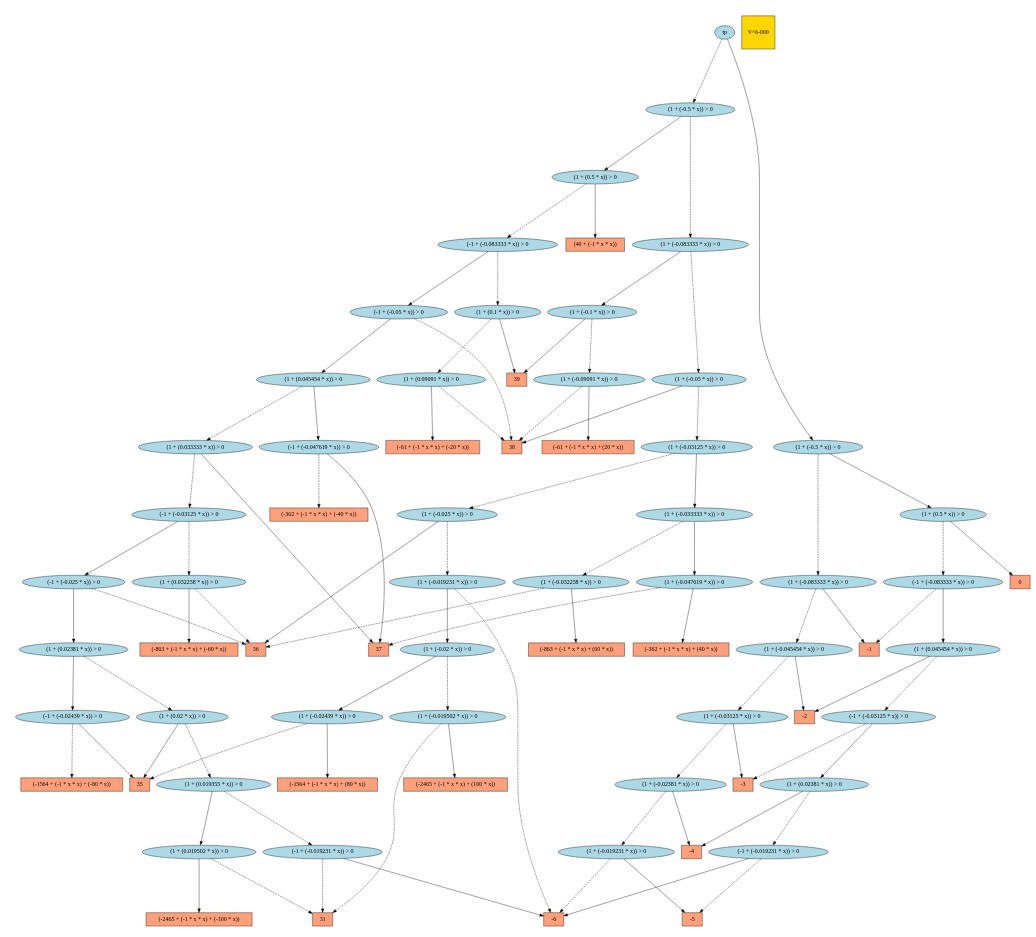
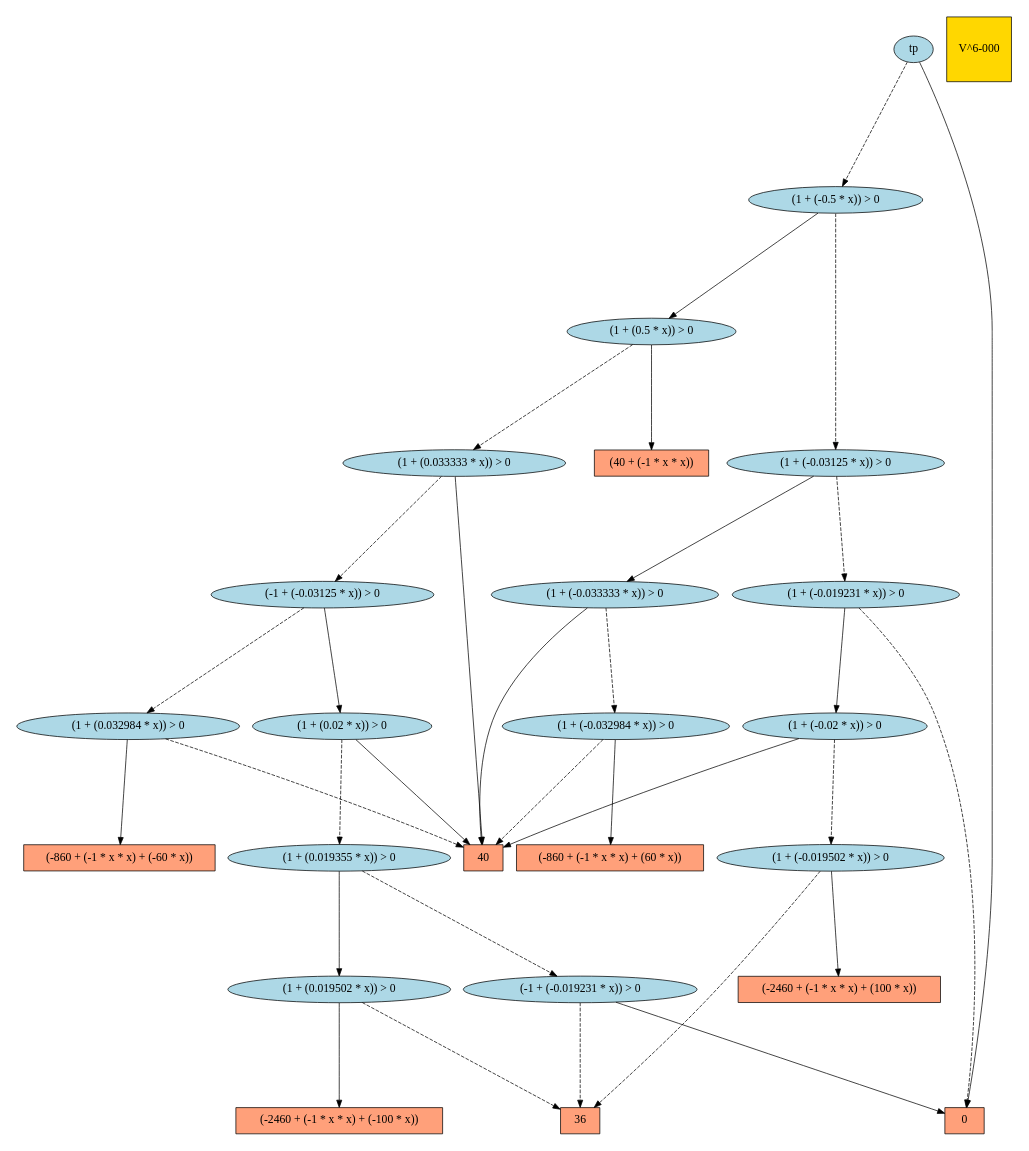
Before and after one commit to ssanner/xadd-inference: the diagram in src/camdp/ex/jair/results/Rover-nonlinear5-1.cmdp.V_6-000.dot, drawn with Graphviz. The commit also changed 269 other files, not shown here.

```diff
--- a/src/camdp/ex/jair/results/Rover-nonlinear5-1.cmdp.V_6-000.dot
+++ b/src/camdp/ex/jair/results/Rover-nonlinear5-1.cmdp.V_6-000.dot
@@ -2,161 +2,61 @@
 graph [ fontname = "Helvetica",fontsize="16",ratio = "auto",
         size="7.5,10",ranksep="2.00" ];
 node [fontsize="16"];
-"4047" [label="37",fillcolor=lightsalmon,color=black,shape=box,style=filled];
-"4045" [label="-4",fillcolor=lightsalmon,color=black,shape=box,style=filled];
-"41664" [label="(1 + (-0.019231 * x)) > 0",fillcolor=lightblue,color=black,shape=ellipse,style=filled];
-"12193" [label="(1 + (-0.032258 * x)) > 0",fillcolor=lightblue,color=black,shape=ellipse,style=filled];
-"42980" [label="tp",fillcolor=lightblue,color=black,shape=ellipse,style=filled];
-"17280" [label="(1 + (0.032258 * x)) > 0",fillcolor=lightblue,color=black,shape=ellipse,style=filled];
-"23409" [label="(1 + (-0.019502 * x)) > 0",fillcolor=lightblue,color=black,shape=ellipse,style=filled];
-"287" [label="(-61 + (-1 * x * x) + (20 * x))",fillcolor=lightsalmon,color=black,shape=box,style=filled];
-"7949" [label="(-1 + (-0.047619 * x)) > 0",fillcolor=lightblue,color=black,shape=ellipse,style=filled];
-"12567" [label="(-1564 + (-1 * x * x) + (-80 * x))",fillcolor=lightsalmon,color=black,shape=box,style=filled];
-"2205" [label="(1 + (-0.1 * x)) > 0",fillcolor=lightblue,color=black,shape=ellipse,style=filled];
-"41798" [label="(1 + (-0.03125 * x)) > 0",fillcolor=lightblue,color=black,shape=ellipse,style=filled];
-"2204" [label="(1 + (-0.09091 * x)) > 0",fillcolor=lightblue,color=black,shape=ellipse,style=filled];
-"24532" [label="(1 + (-0.025 * x)) > 0",fillcolor=lightblue,color=black,shape=ellipse,style=filled];
-"38689" [label="(-1 + (-0.019231 * x)) > 0",fillcolor=lightblue,color=black,shape=ellipse,style=filled];
-"24531" [label="(1 + (-0.019231 * x)) > 0",fillcolor=lightblue,color=black,shape=ellipse,style=filled];
-"20148" [label="31",fillcolor=lightsalmon,color=black,shape=box,style=filled];
-"20147" [label="-6",fillcolor=lightsalmon,color=black,shape=box,style=filled];
-"24530" [label="(1 + (-0.02 * x)) > 0",fillcolor=lightblue,color=black,shape=ellipse,style=filled];
-"27657" [label="(-2465 + (-1 * x * x) + (-100 * x))",fillcolor=lightsalmon,color=black,shape=box,style=filled];
-"304" [label="(-61 + (-1 * x * x) + (-20 * x))",fillcolor=lightsalmon,color=black,shape=box,style=filled];
-"36684" [label="(-1 + (-0.02439 * x)) > 0",fillcolor=lightblue,color=black,shape=ellipse,style=filled];
-"10862" [label="(-1564 + (-1 * x * x) + (80 * x))",fillcolor=lightsalmon,color=black,shape=box,style=filled];
-"40693" [label="(1 + (0.5 * x)) > 0",fillcolor=lightblue,color=black,shape=ellipse,style=filled];
-"40694" [label="(1 + (-0.5 * x)) > 0",fillcolor=lightblue,color=black,shape=ellipse,style=filled];
-"5506" [label="(1 + (-0.047619 * x)) > 0",fillcolor=lightblue,color=black,shape=ellipse,style=filled];
+"13501" [label="(1 + (0.02 * x)) > 0",fillcolor=lightblue,color=black,shape=ellipse,style=filled];
+"13502" [label="(-1 + (-0.03125 * x)) > 0",fillcolor=lightblue,color=black,shape=ellipse,style=filled];
+"13503" [label="(1 + (0.033333 * x)) > 0",fillcolor=lightblue,color=black,shape=ellipse,style=filled];
+"13500" [label="(1 + (0.019355 * x)) > 0",fillcolor=lightblue,color=black,shape=ellipse,style=filled];
+"12835" [label="(1 + (0.019502 * x)) > 0",fillcolor=lightblue,color=black,shape=ellipse,style=filled];
+"2955" [label="(-860 + (-1 * x * x) + (-60 * x))",fillcolor=lightsalmon,color=black,shape=box,style=filled];
+"4513" [label="(1 + (-0.033333 * x)) > 0",fillcolor=lightblue,color=black,shape=ellipse,style=filled];
+"4512" [label="(1 + (-0.032984 * x)) > 0",fillcolor=lightblue,color=black,shape=ellipse,style=filled];
+"8547" [label="(1 + (-0.02 * x)) > 0",fillcolor=lightblue,color=black,shape=ellipse,style=filled];
+"8548" [label="(1 + (-0.019231 * x)) > 0",fillcolor=lightblue,color=black,shape=ellipse,style=filled];
+"8549" [label="(1 + (-0.03125 * x)) > 0",fillcolor=lightblue,color=black,shape=ellipse,style=filled];
+"3712" [label="(1 + (0.032984 * x)) > 0",fillcolor=lightblue,color=black,shape=ellipse,style=filled];
+"9637" [label="(-2460 + (-1 * x * x) + (-100 * x))",fillcolor=lightsalmon,color=black,shape=box,style=filled];
+"8546" [label="(1 + (-0.019502 * x)) > 0",fillcolor=lightblue,color=black,shape=ellipse,style=filled];
+"14166" [label="(1 + (-0.5 * x)) > 0",fillcolor=lightblue,color=black,shape=ellipse,style=filled];
+"14165" [label="(1 + (0.5 * x)) > 0",fillcolor=lightblue,color=black,shape=ellipse,style=filled];
+"189" [label="36",fillcolor=lightsalmon,color=black,shape=box,style=filled];
 "1" [label="0",fillcolor=lightsalmon,color=black,shape=box,style=filled];
-"1235" [label="-3",fillcolor=lightsalmon,color=black,shape=box,style=filled];
-"1237" [label="38",fillcolor=lightsalmon,color=black,shape=box,style=filled];
-"160" [label="-2",fillcolor=lightsalmon,color=black,shape=box,style=filled];
-"41845" [label="(1 + (-0.045454 * x)) > 0",fillcolor=lightblue,color=black,shape=ellipse,style=filled];
-"39820" [label="(-1 + (-0.05 * x)) > 0",fillcolor=lightblue,color=black,shape=ellipse,style=filled];
+"5" [label="40",fillcolor=lightsalmon,color=black,shape=box,style=filled];
+"10021" [label="(-1 + (-0.019231 * x)) > 0",fillcolor=lightblue,color=black,shape=ellipse,style=filled];
+"8007" [label="(-2460 + (-1 * x * x) + (100 * x))",fillcolor=lightsalmon,color=black,shape=box,style=filled];
+"14169" [label="tp",fillcolor=lightblue,color=black,shape=ellipse,style=filled];
 "8" [label="(40 + (-1 * x * x))",fillcolor=lightsalmon,color=black,shape=box,style=filled];
-"12416" [label="(1 + (-0.033333 * x)) > 0",fillcolor=lightblue,color=black,shape=ellipse,style=filled];
-"42979" [label="(1 + (-0.5 * x)) > 0",fillcolor=lightblue,color=black,shape=ellipse,style=filled];
-"26207" [label="(1 + (-0.03125 * x)) > 0",fillcolor=lightblue,color=black,shape=ellipse,style=filled];
-"6081" [label="(-863 + (-1 * x * x) + (-60 * x))",fillcolor=lightsalmon,color=black,shape=box,style=filled];
-"1458" [label="(-362 + (-1 * x * x) + (40 * x))",fillcolor=lightsalmon,color=black,shape=box,style=filled];
-"26208" [label="(1 + (-0.05 * x)) > 0",fillcolor=lightblue,color=black,shape=ellipse,style=filled];
-"38035" [label="(1 + (0.019502 * x)) > 0",fillcolor=lightblue,color=black,shape=ellipse,style=filled];
-"42924" [label="(-1 + (-0.03125 * x)) > 0",fillcolor=lightblue,color=black,shape=ellipse,style=filled];
-"42925" [label="(1 + (0.045454 * x)) > 0",fillcolor=lightblue,color=black,shape=ellipse,style=filled];
-"42173" [label="(1 + (-0.083333 * x)) > 0",fillcolor=lightblue,color=black,shape=ellipse,style=filled];
-"12" [label="-1",fillcolor=lightsalmon,color=black,shape=box,style=filled];
-"42968" [label="(1 + (0.5 * x)) > 0",fillcolor=lightblue,color=black,shape=ellipse,style=filled];
-"39817" [label="(-1 + (-0.03125 * x)) > 0",fillcolor=lightblue,color=black,shape=ellipse,style=filled];
-"39818" [label="(1 + (0.033333 * x)) > 0",fillcolor=lightblue,color=black,shape=ellipse,style=filled];
-"39819" [label="(1 + (0.045454 * x)) > 0",fillcolor=lightblue,color=black,shape=ellipse,style=filled];
-"41731" [label="(1 + (-0.02381 * x)) > 0",fillcolor=lightblue,color=black,shape=ellipse,style=filled];
-"29523" [label="(1 + (-0.083333 * x)) > 0",fillcolor=lightblue,color=black,shape=ellipse,style=filled];
-"3176" [label="(1 + (0.1 * x)) > 0",fillcolor=lightblue,color=black,shape=ellipse,style=filled];
-"42961" [label="(-1 + (-0.083333 * x)) > 0",fillcolor=lightblue,color=black,shape=ellipse,style=filled];
-"22548" [label="(-2465 + (-1 * x * x) + (100 * x))",fillcolor=lightsalmon,color=black,shape=box,style=filled];
-"38977" [label="(-1 + (-0.025 * x)) > 0",fillcolor=lightblue,color=black,shape=ellipse,style=filled];
-"267" [label="39",fillcolor=lightsalmon,color=black,shape=box,style=filled];
-"38974" [label="(1 + (0.019355 * x)) > 0",fillcolor=lightblue,color=black,shape=ellipse,style=filled];
-"10019" [label="-5",fillcolor=lightsalmon,color=black,shape=box,style=filled];
-"38976" [label="(1 + (0.02381 * x)) > 0",fillcolor=lightblue,color=black,shape=ellipse,style=filled];
-"42861" [label="(1 + (0.02381 * x)) > 0",fillcolor=lightblue,color=black,shape=ellipse,style=filled];
-"38975" [label="(1 + (0.02 * x)) > 0",fillcolor=lightblue,color=black,shape=ellipse,style=filled];
-"40678" [label="(-1 + (-0.083333 * x)) > 0",fillcolor=lightblue,color=black,shape=ellipse,style=filled];
-"20151" [label="35",fillcolor=lightsalmon,color=black,shape=box,style=filled];
-"42854" [label="(-1 + (-0.019231 * x)) > 0",fillcolor=lightblue,color=black,shape=ellipse,style=filled];
-"24529" [label="(1 + (-0.02439 * x)) > 0",fillcolor=lightblue,color=black,shape=ellipse,style=filled];
-"4627" [label="(-863 + (-1 * x * x) + (60 * x))",fillcolor=lightsalmon,color=black,shape=box,style=filled];
-"10021" [label="36",fillcolor=lightsalmon,color=black,shape=box,style=filled];
+"2450" [label="(-860 + (-1 * x * x) + (60 * x))",fillcolor=lightsalmon,color=black,shape=box,style=filled];
 "_temp_" [label="V^6-000",fillcolor=gold1,color=black,shape=square,style=filled];
-"1835" [label="(-362 + (-1 * x * x) + (-40 * x))",fillcolor=lightsalmon,color=black,shape=box,style=filled];
-"3122" [label="(1 + (0.09091 * x)) > 0",fillcolor=lightblue,color=black,shape=ellipse,style=filled];
-"41664" -> "10019" [color=black,style=solid];
-"41664" -> "20147" [color=black,style=dashed];
-"12193" -> "4627" [color=black,style=solid];
-"12193" -> "10021" [color=black,style=dashed];
-"42980" -> "42979" [color=black,style=solid];
-"42980" -> "40694" [color=black,style=dashed];
-"17280" -> "6081" [color=black,style=solid];
-"17280" -> "10021" [color=black,style=dashed];
-"23409" -> "22548" [color=black,style=solid];
-"23409" -> "20148" [color=black,style=dashed];
-"7949" -> "4047" [color=black,style=solid];
-"7949" -> "1835" [color=black,style=dashed];
-"2205" -> "2204" [color=black,style=dashed];
-"2205" -> "267" [color=black,style=solid];
-"41798" -> "1235" [color=black,style=solid];
-"41798" -> "41731" [color=black,style=dashed];
-"2204" -> "287" [color=black,style=solid];
-"2204" -> "1237" [color=black,style=dashed];
-"24532" -> "10021" [color=black,style=solid];
-"24532" -> "24531" [color=black,style=dashed];
-"38689" -> "20148" [color=black,style=dashed];
-"38689" -> "20147" [color=black,style=solid];
-"24531" -> "24530" [color=black,style=solid];
-"24531" -> "20147" [color=black,style=dashed];
-"24530" -> "24529" [color=black,style=solid];
-"24530" -> "23409" [color=black,style=dashed];
-"36684" -> "20151" [color=black,style=solid];
-"36684" -> "12567" [color=black,style=dashed];
-"40693" -> "40678" [color=black,style=dashed];
-"40693" -> "8" [color=black,style=solid];
-"40694" -> "29523" [color=black,style=dashed];
-"40694" -> "40693" [color=black,style=solid];
-"5506" -> "1458" [color=black,style=solid];
-"5506" -> "4047" [color=black,style=dashed];
-"41845" -> "160" [color=black,style=solid];
-"41845" -> "41798" [color=black,style=dashed];
-"39820" -> "1237" [color=black,style=dashed];
-"39820" -> "39819" [color=black,style=solid];
-"12416" -> "5506" [color=black,style=solid];
-"12416" -> "12193" [color=black,style=dashed];
-"42979" -> "42968" [color=black,style=solid];
-"42979" -> "42173" [color=black,style=dashed];
-"26207" -> "12416" [color=black,style=solid];
-"26207" -> "24532" [color=black,style=dashed];
-"26208" -> "26207" [color=black,style=dashed];
-"26208" -> "1237" [color=black,style=solid];
-"38035" -> "27657" [color=black,style=solid];
-"38035" -> "20148" [color=black,style=dashed];
-"42924" -> "1235" [color=black,style=dashed];
-"42924" -> "42861" [color=black,style=solid];
-"42925" -> "160" [color=black,style=solid];
-"42925" -> "42924" [color=black,style=dashed];
-"42173" -> "41845" [color=black,style=dashed];
-"42173" -> "12" [color=black,style=solid];
-"42968" -> "1" [color=black,style=solid];
-"42968" -> "42961" [color=black,style=dashed];
-"39817" -> "17280" [color=black,style=dashed];
-"39817" -> "38977" [color=black,style=solid];
-"39818" -> "4047" [color=black,style=solid];
-"39818" -> "39817" [color=black,style=dashed];
-"39819" -> "39818" [color=black,style=dashed];
-"39819" -> "7949" [color=black,style=solid];
-"41731" -> "4045" [color=black,style=solid];
-"41731" -> "41664" [color=black,style=dashed];
-"29523" -> "26208" [color=black,style=dashed];
-"29523" -> "2205" [color=black,style=solid];
-"3176" -> "267" [color=black,style=solid];
-"3176" -> "3122" [color=black,style=dashed];
-"42961" -> "42925" [color=black,style=solid];
-"42961" -> "12" [color=black,style=dashed];
-"38977" -> "10021" [color=black,style=dashed];
-"38977" -> "38976" [color=black,style=solid];
-"38974" -> "38035" [color=black,style=solid];
-"38974" -> "38689" [color=black,style=dashed];
-"38976" -> "36684" [color=black,style=solid];
-"38976" -> "38975" [color=black,style=dashed];
-"42861" -> "42854" [color=black,style=dashed];
-"42861" -> "4045" [color=black,style=solid];
-"38975" -> "20151" [color=black,style=solid];
-"38975" -> "38974" [color=black,style=dashed];
-"40678" -> "3176" [color=black,style=dashed];
-"40678" -> "39820" [color=black,style=solid];
-"42854" -> "10019" [color=black,style=dashed];
-"42854" -> "20147" [color=black,style=solid];
-"24529" -> "20151" [color=black,style=dashed];
-"24529" -> "10862" [color=black,style=solid];
-"3122" -> "1237" [color=black,style=dashed];
-"3122" -> "304" [color=black,style=solid];
+"13501" -> "5" [color=black,style=solid];
+"13501" -> "13500" [color=black,style=dashed];
+"13502" -> "13501" [color=black,style=solid];
+"13502" -> "3712" [color=black,style=dashed];
+"13503" -> "13502" [color=black,style=dashed];
+"13503" -> "5" [color=black,style=solid];
+"13500" -> "10021" [color=black,style=dashed];
+"13500" -> "12835" [color=black,style=solid];
+"12835" -> "9637" [color=black,style=solid];
+"12835" -> "189" [color=black,style=dashed];
+"4513" -> "5" [color=black,style=solid];
+"4513" -> "4512" [color=black,style=dashed];
+"4512" -> "5" [color=black,style=dashed];
+"4512" -> "2450" [color=black,style=solid];
+"8547" -> "8546" [color=black,style=dashed];
+"8547" -> "5" [color=black,style=solid];
+"8548" -> "1" [color=black,style=dashed];
+"8548" -> "8547" [color=black,style=solid];
+"8549" -> "4513" [color=black,style=solid];
+"8549" -> "8548" [color=black,style=dashed];
+"3712" -> "2955" [color=black,style=solid];
+"3712" -> "5" [color=black,style=dashed];
+"8546" -> "8007" [color=black,style=solid];
+"8546" -> "189" [color=black,style=dashed];
+"14166" -> "14165" [color=black,style=solid];
+"14166" -> "8549" [color=black,style=dashed];
+"14165" -> "13503" [color=black,style=dashed];
+"14165" -> "8" [color=black,style=solid];
+"10021" -> "1" [color=black,style=solid];
+"10021" -> "189" [color=black,style=dashed];
+"14169" -> "1" [color=black,style=solid];
+"14169" -> "14166" [color=black,style=dashed];
 }
```
